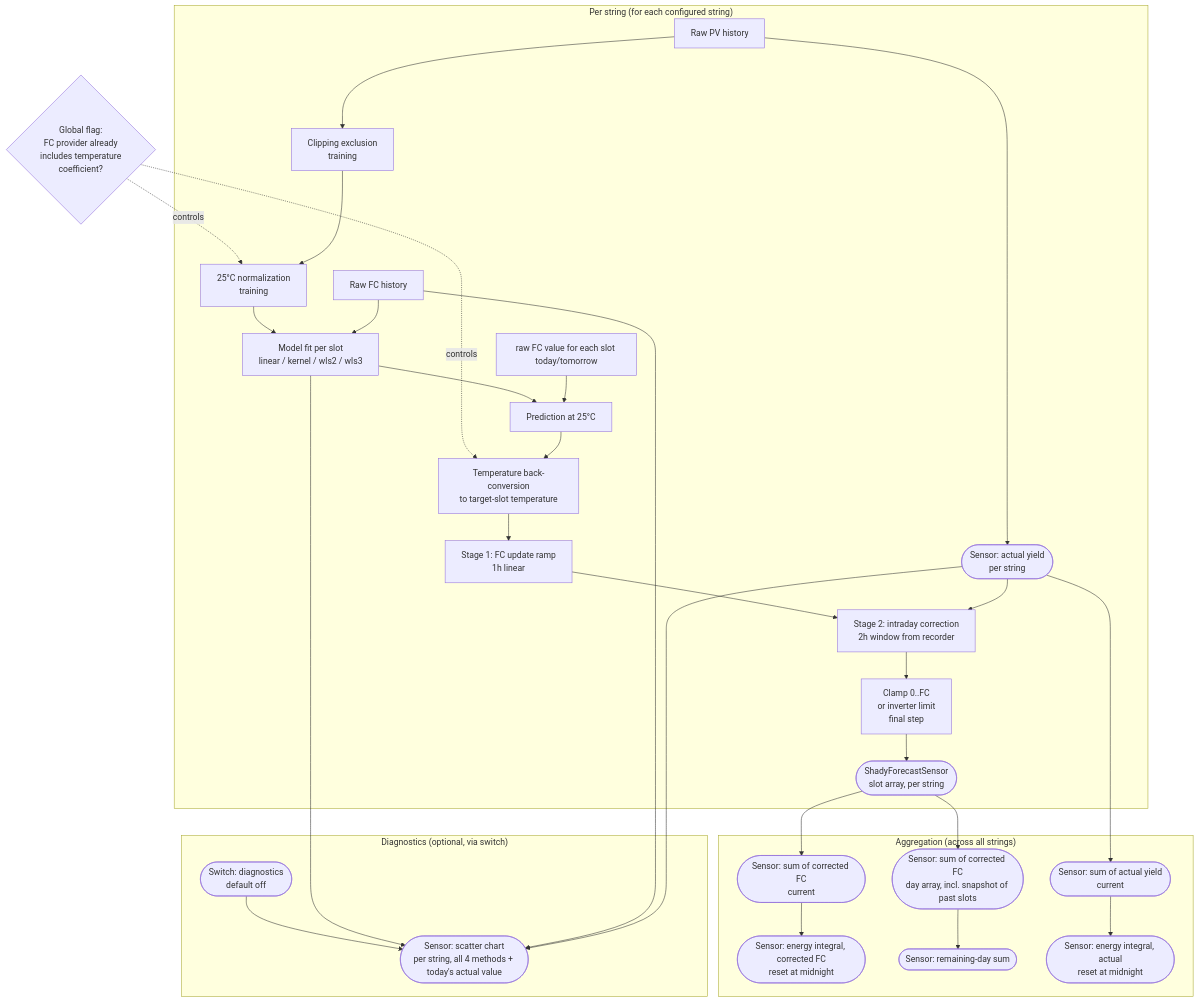
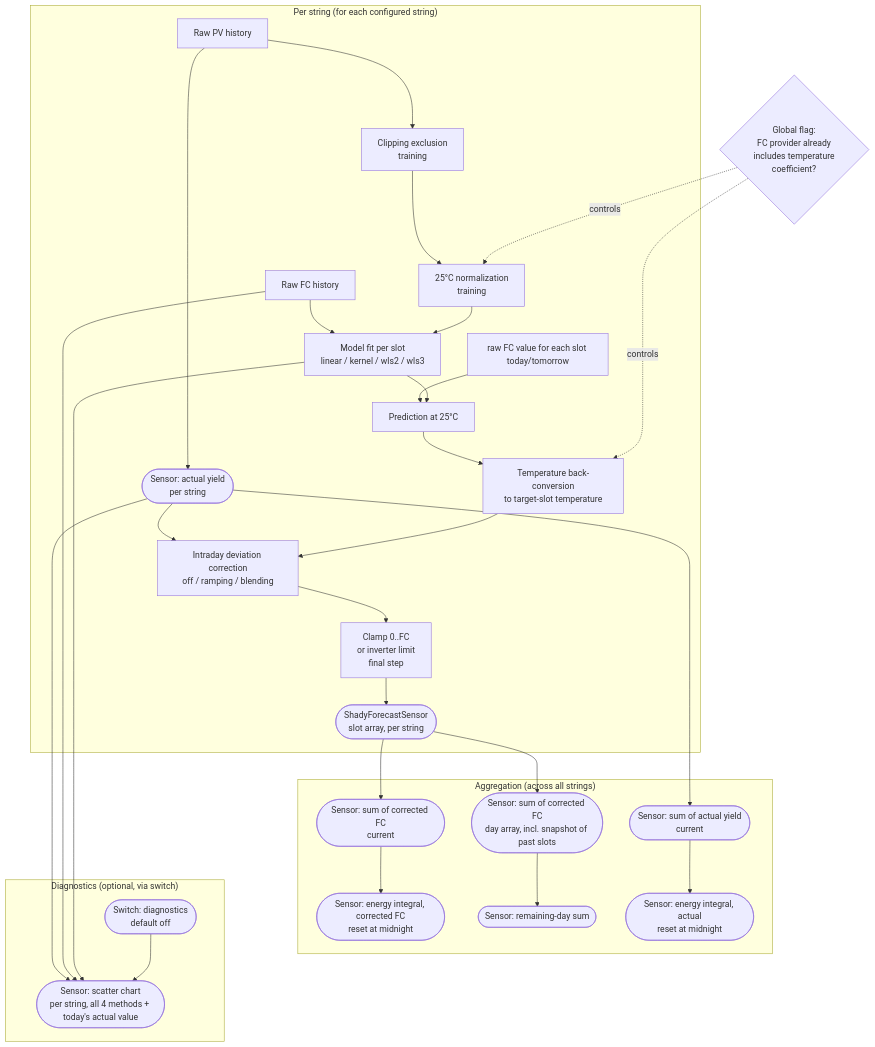
One commit to eschnepel/shady changed the diagram in docs/architecture.mmd. Above: the diagram before and after it, drawn with Mermaid. The commit also changed 14 other files, not shown here.

Commit message:
added ADR for provider architecture

```diff
--- a/docs/architecture.mmd
+++ b/docs/architecture.mmd
@@ -1,59 +1,58 @@
 flowchart TB
   TEMPFLAG{Global flag:<br/>FC provider already<br/>includes temperature<br/>coefficient?}
 
   subgraph String["Per string (for each configured string)"]
     TEMPBACK[Temperature back-conversion<br/>to target-slot temperature]
-    RAMP[Stage 1: FC update ramp<br/>1h linear]
-    INTRA[Stage 2: intraday correction<br/>2h window from recorder]
+    INTRADAY[Intraday deviation correction<br/>off / ramping / blending]
     CLAMP[Clamp 0..FC<br/>or inverter limit<br/>final step]
     PVSensor([Sensor: actual yield<br/>per string])
     CLIP[Clipping exclusion<br/>training]
     FCLive[raw FC value for each slot today/tomorrow]
     PV[Raw PV history]
     FIT[Model fit per slot<br/>linear / kernel / wls2 / wls3]
     TEMP[25°C normalization<br/>training]
     PRED[Prediction at 25°C]
     FC[Raw FC history]
     FCSensor([ShadyForecastSensor<br/>slot array, per string])
 
   end
 
   subgraph Agg["Aggregation (across all strings)"]
     SUMFC([Sensor: sum of corrected FC<br/>current])
     DAYSUM([Sensor: sum of corrected FC<br/>day array, incl. snapshot of past slots])
     SUMPV([Sensor: sum of actual yield<br/>current])
     INTFC([Sensor: energy integral, corrected FC<br/>reset at midnight])
     REST([Sensor: remaining-day sum])
     INTPV([Sensor: energy integral, actual<br/>reset at midnight])
 
   end
 
   subgraph Diag["Diagnostics (optional, via switch)"]
     SWITCH([Switch: diagnostics<br/>default off])
     SCATTER([Sensor: scatter chart<br/>per string, all 4 methods + today's actual value])
   end
 
   TEMPFLAG -. controls .-> TEMPBACK
     PV --> CLIP
     PV --> PVSensor
   TEMPFLAG -. controls .-> TEMP
     CLIP --> TEMP
     TEMP --> FIT
     SWITCH --> SCATTER
   FIT --> SCATTER
     FC --> FIT
     FIT --> PRED
     FCLive --> PRED
-    PRED --> TEMPBACK --> RAMP --> INTRA
-    PVSensor --> INTRA
-    INTRA --> CLAMP --> FCSensor
+    PRED --> TEMPBACK --> INTRADAY
+    PVSensor --> INTRADAY
+    INTRADAY --> CLAMP --> FCSensor
 
-    RAMP ~~~~~~ SWITCH
+    INTRADAY ~~~~~~ SWITCH
   FCSensor --> DAYSUM
     DAYSUM --> REST
     SUMPV --> INTPV
     SUMFC --> INTFC
   FCSensor --> SUMFC
   PVSensor --> SUMPV
   FC --> SCATTER
   PVSensor --> SCATTER
```
